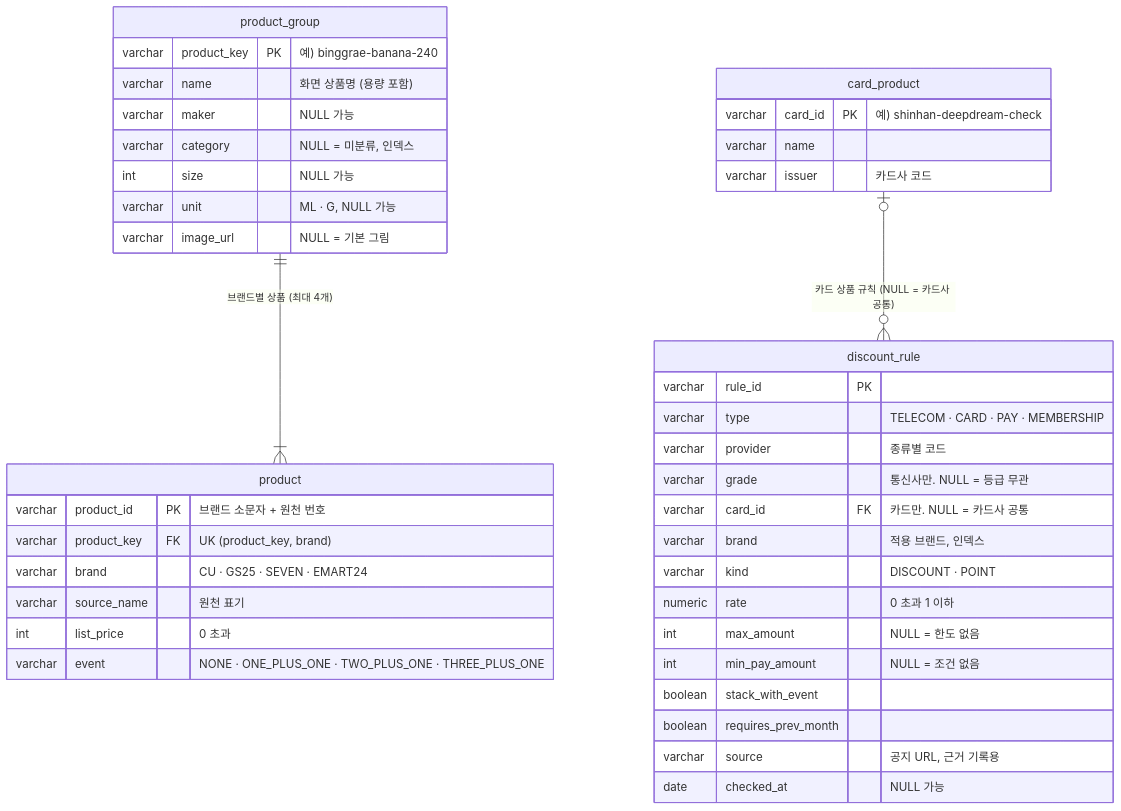
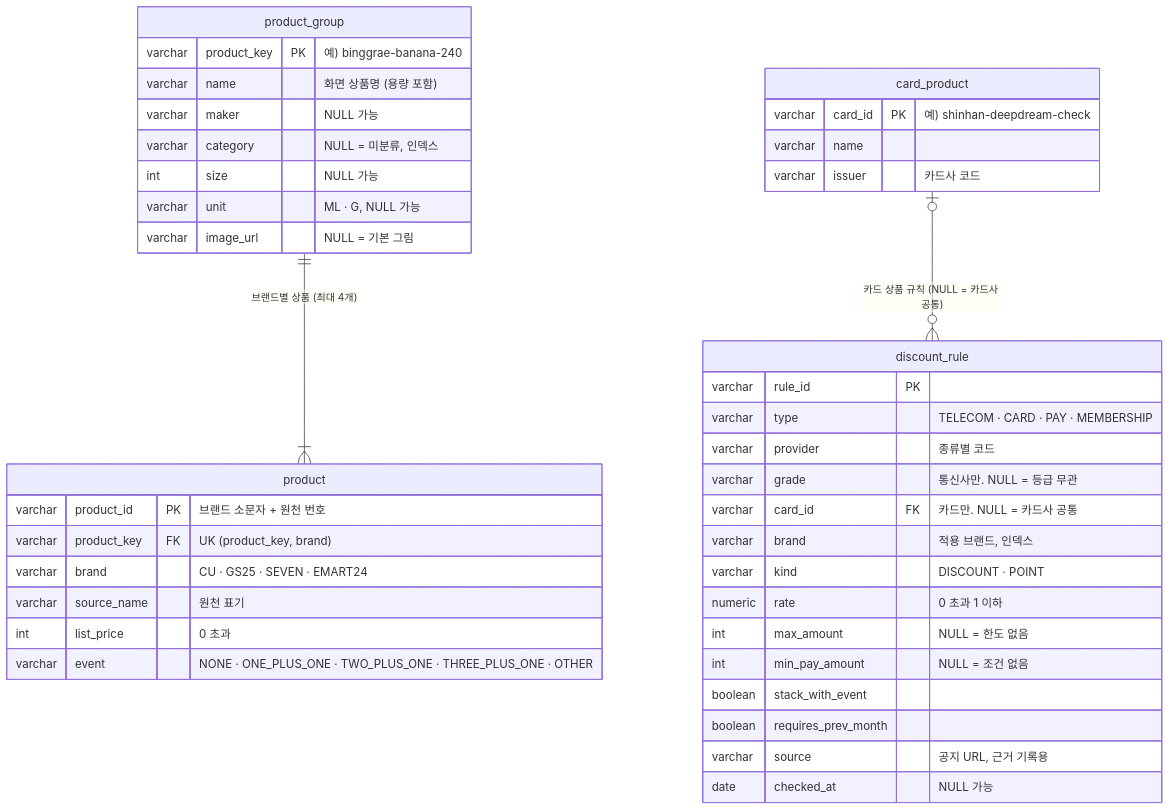
The diagram in docs/reference/erd.md (livelykitten/retail_convinient_store_lgcns6), drawn with Mermaid before and after one commit. The commit also changed other lines of this file and 5 other files, not shown here.

````diff
--- a/docs/reference/erd.md
+++ b/docs/reference/erd.md
@@ -42,44 +42,44 @@
 ```mermaid
 erDiagram
   product_group ||--|{ product : "브랜드별 상품 (최대 4개)"
   card_product |o--o{ discount_rule : "카드 상품 규칙 (NULL = 카드사 공통)"
 
   product_group {
     varchar product_key PK "예) binggrae-banana-240"
     varchar name "화면 상품명 (용량 포함)"
     varchar maker "NULL 가능"
     varchar category "NULL = 미분류, 인덱스"
     int size "NULL 가능"
     varchar unit "ML · G, NULL 가능"
     varchar image_url "NULL = 기본 그림"
   }
   product {
     varchar product_id PK "브랜드 소문자 + 원천 번호"
     varchar product_key FK "UK (product_key, brand)"
     varchar brand "CU · GS25 · SEVEN · EMART24"
     varchar source_name "원천 표기"
     int list_price "0 초과"
-    varchar event "NONE · ONE_PLUS_ONE · TWO_PLUS_ONE · THREE_PLUS_ONE"
+    varchar event "NONE · ONE_PLUS_ONE · TWO_PLUS_ONE · THREE_PLUS_ONE · OTHER"
   }
   card_product {
     varchar card_id PK "예) shinhan-deepdream-check"
     varchar name
     varchar issuer "카드사 코드"
   }
   discount_rule {
     varchar rule_id PK
     varchar type "TELECOM · CARD · PAY · MEMBERSHIP"
     varchar provider "종류별 코드"
     varchar grade "통신사만. NULL = 등급 무관"
     varchar card_id FK "카드만. NULL = 카드사 공통"
     varchar brand "적용 브랜드, 인덱스"
     varchar kind "DISCOUNT · POINT"
     numeric rate "0 초과 1 이하"
     int max_amount "NULL = 한도 없음"
     int min_pay_amount "NULL = 조건 없음"
     boolean stack_with_event
     boolean requires_prev_month
     varchar source "공지 URL, 근거 기록용"
     date checked_at "NULL 가능"
   }
 ```
````
